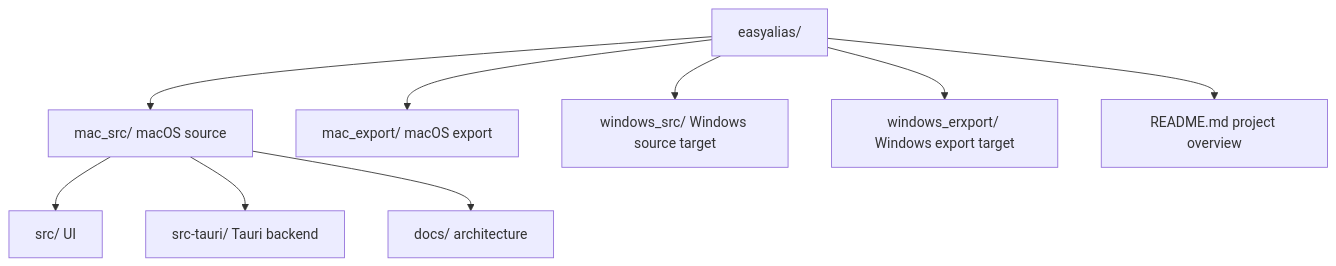
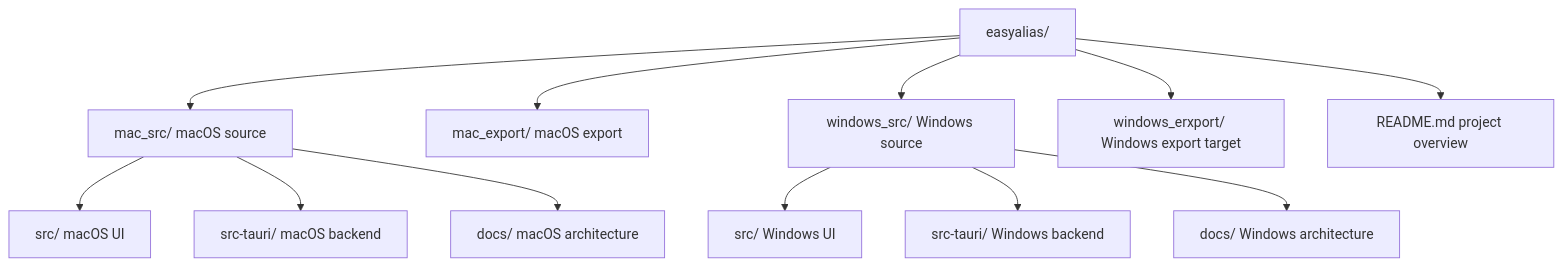
One commit to hannesgnann-hub/easyalias changed the second of 4 diagrams in README.md. Above: the diagram before and after it, drawn with Mermaid. The commit also changed other lines of this file and 19 other files, not shown here.

````diff
--- a/README.md
+++ b/README.md
@@ -61,13 +69,16 @@
 ```mermaid
 flowchart TD
   Root["easyalias/"]
   Root --> MacSrc["mac_src/ macOS source"]
   Root --> MacExport["mac_export/ macOS export"]
-  Root --> WinSrc["windows_src/ Windows source target"]
+  Root --> WinSrc["windows_src/ Windows source"]
   Root --> WinExport["windows_erxport/ Windows export target"]
   Root --> RootReadme["README.md project overview"]
 
-  MacSrc --> Frontend["src/ UI"]
-  MacSrc --> Backend["src-tauri/ Tauri backend"]
-  MacSrc --> Docs["docs/ architecture"]
+  MacSrc --> MacFrontend["src/ macOS UI"]
+  MacSrc --> MacBackend["src-tauri/ macOS backend"]
+  MacSrc --> MacDocs["docs/ macOS architecture"]
+  WinSrc --> WinFrontend["src/ Windows UI"]
+  WinSrc --> WinBackend["src-tauri/ Windows backend"]
+  WinSrc --> WinDocs["docs/ Windows architecture"]
 ```
````
